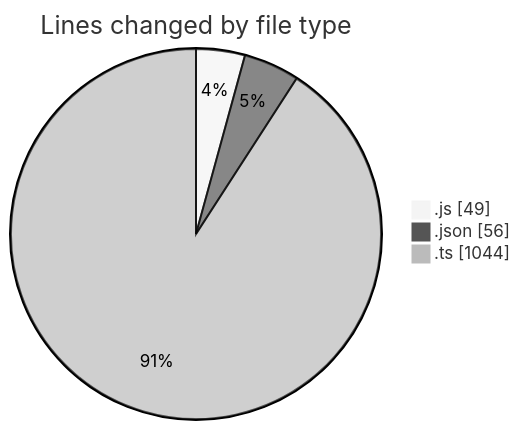
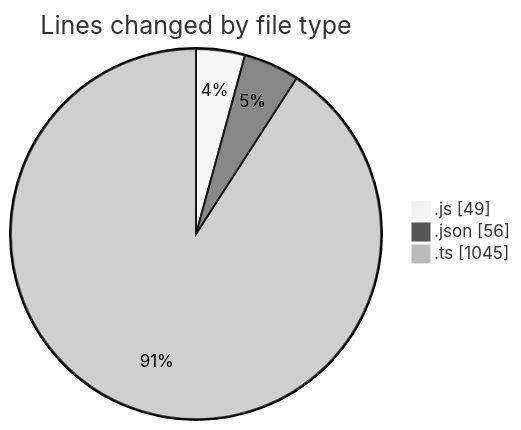
One commit to momahboobian/code-tracking changed the first of 2 diagrams in 2025-09-04/cda/README.md. Above: the diagram before and after it, drawn with Mermaid (neutral theme). The commit also changed other lines of this file and 1 other file, not shown here.

````diff
--- a/2025-09-04/cda/README.md
+++ b/2025-09-04/cda/README.md
@@ -23,7 +23,7 @@
 ```mermaid
 pie showData
 title Lines changed by file type
 ".js" : 49
 ".json" : 56
-".ts" : 1044
+".ts" : 1045
 ```
````
